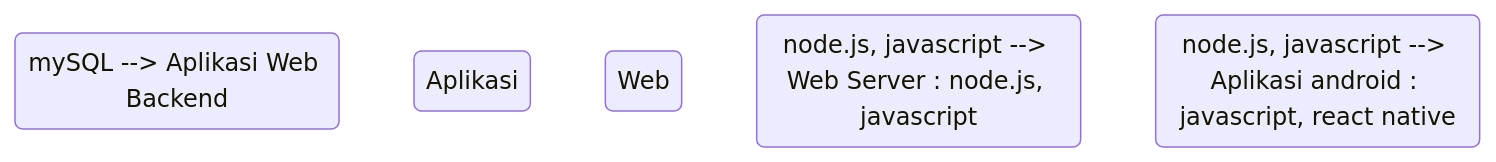
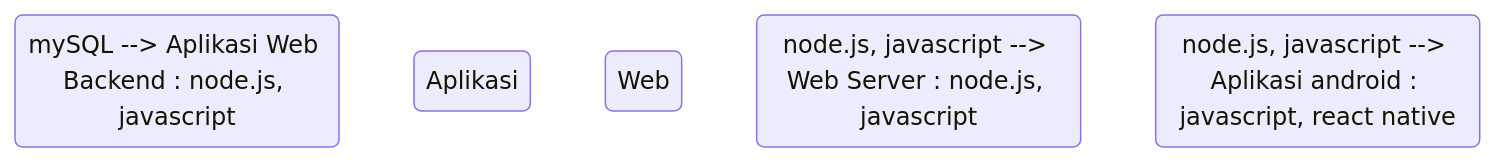
Before and after one commit to Alfianad/speedtest: the second of 2 diagrams in jawaban job interview.md, drawn with Mermaid.

Commit message:
Update jawaban job interview.md

````diff
--- a/jawaban job interview.md
+++ b/jawaban job interview.md
@@ -45,6 +45,6 @@
 ```mermaid
 stateDiagram
-    Database : mySQL --> Aplikasi Web Backend
+    Database : mySQL --> Aplikasi Web Backend : node.js, javascript
     Aplikasi Web Backend : node.js, javascript --> Web Server : node.js, javascript
     Web Server : node.js, javascript --> Aplikasi android : javascript, react native
 ```
````
